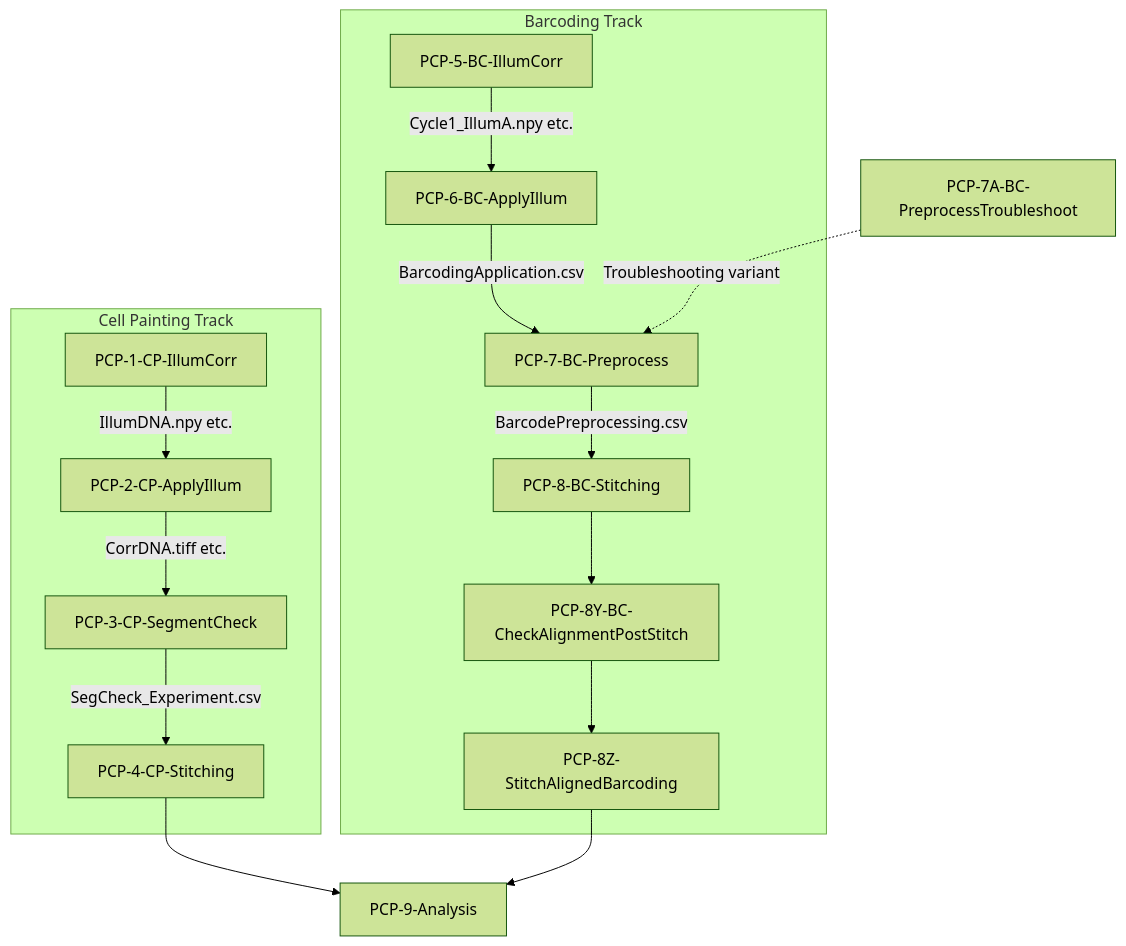
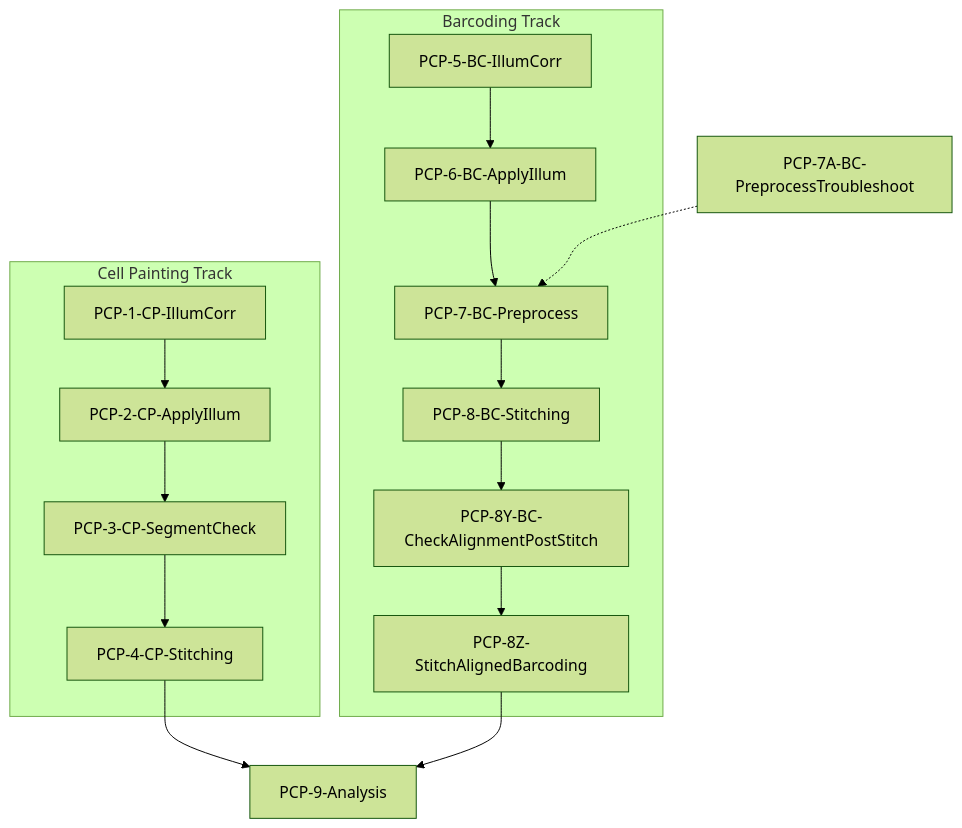
One commit to shntnu/pooled-cell-painting-image-processing changed the first of 2 diagrams in docs/CellProfiler_Pipeline_Details.md. Above: the diagram before and after it, drawn with Mermaid (forest theme).

Commit message:
Docs: drop files in diag

````diff
--- a/docs/CellProfiler_Pipeline_Details.md
+++ b/docs/CellProfiler_Pipeline_Details.md
@@ -27,20 +27,20 @@
 ```mermaid
 flowchart TD
     subgraph "Cell Painting Track"
-        PCP1[PCP-1-CP-IllumCorr] -->|IllumDNA.npy etc.| PCP2[PCP-2-CP-ApplyIllum]
-        PCP2 -->|CorrDNA.tiff etc.| PCP3[PCP-3-CP-SegmentCheck]
-        PCP3 -->|SegCheck_Experiment.csv| PCP4[PCP-4-CP-Stitching]
+        PCP1[PCP-1-CP-IllumCorr] --> PCP2[PCP-2-CP-ApplyIllum]
+        PCP2 --> PCP3[PCP-3-CP-SegmentCheck]
+        PCP3 --> PCP4[PCP-4-CP-Stitching]
     end
     
     subgraph "Barcoding Track"
-        PCP5[PCP-5-BC-IllumCorr] -->|Cycle1_IllumA.npy etc.| PCP6[PCP-6-BC-ApplyIllum]
-        PCP6 -->|BarcodingApplication.csv| PCP7[PCP-7-BC-Preprocess]
-        PCP7 -->|BarcodePreprocessing.csv| PCP8[PCP-8-BC-Stitching]
+        PCP5[PCP-5-BC-IllumCorr] --> PCP6[PCP-6-BC-ApplyIllum]
+        PCP6 --> PCP7[PCP-7-BC-Preprocess]
+        PCP7 --> PCP8[PCP-8-BC-Stitching]
         PCP8 --> PCP8Y[PCP-8Y-BC-CheckAlignmentPostStitch]
         PCP8Y --> PCP8Z[PCP-8Z-StitchAlignedBarcoding]
     end
     
     PCP4 & PCP8Z --> PCP9[PCP-9-Analysis]
     
-    PCP7A[PCP-7A-BC-PreprocessTroubleshoot] -.->|Troubleshooting variant| PCP7
+    PCP7A[PCP-7A-BC-PreprocessTroubleshoot] -.-> PCP7
 ```
````
